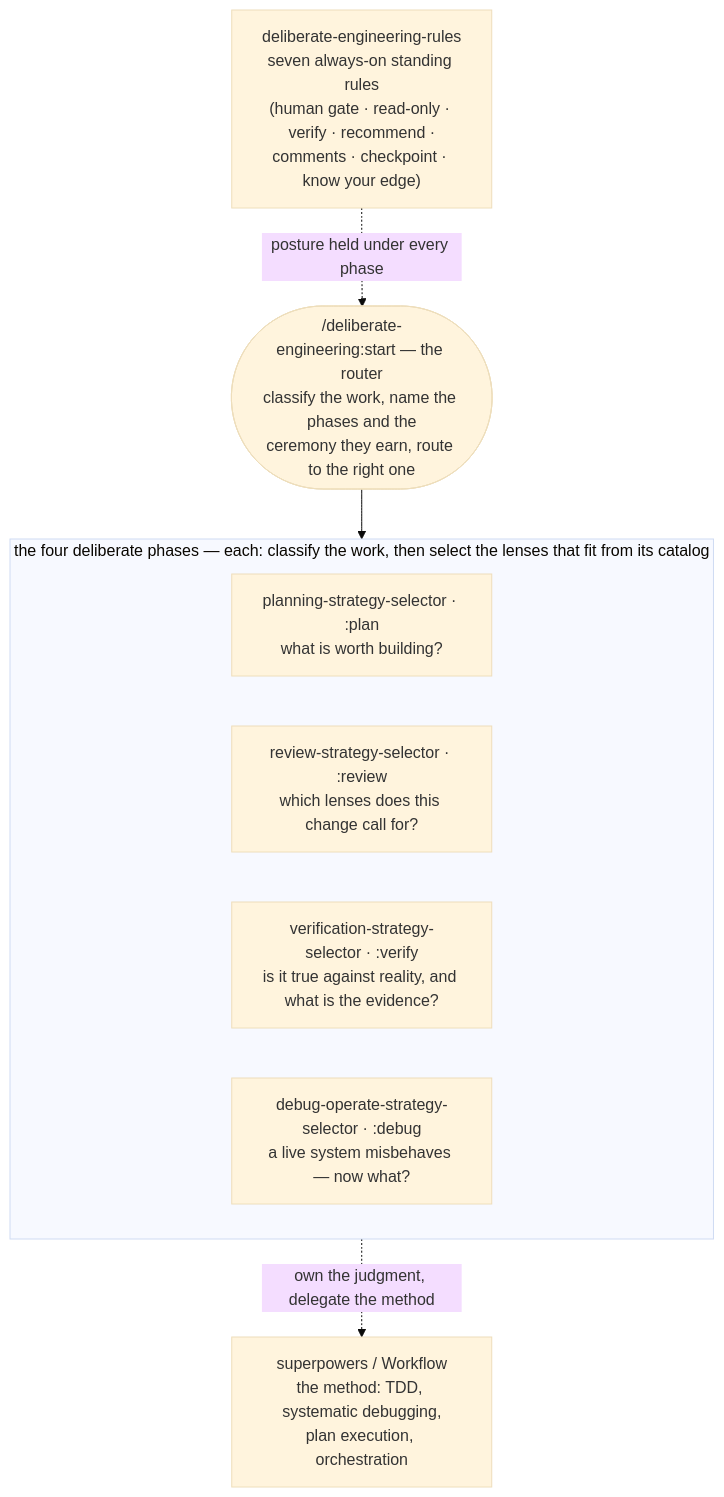
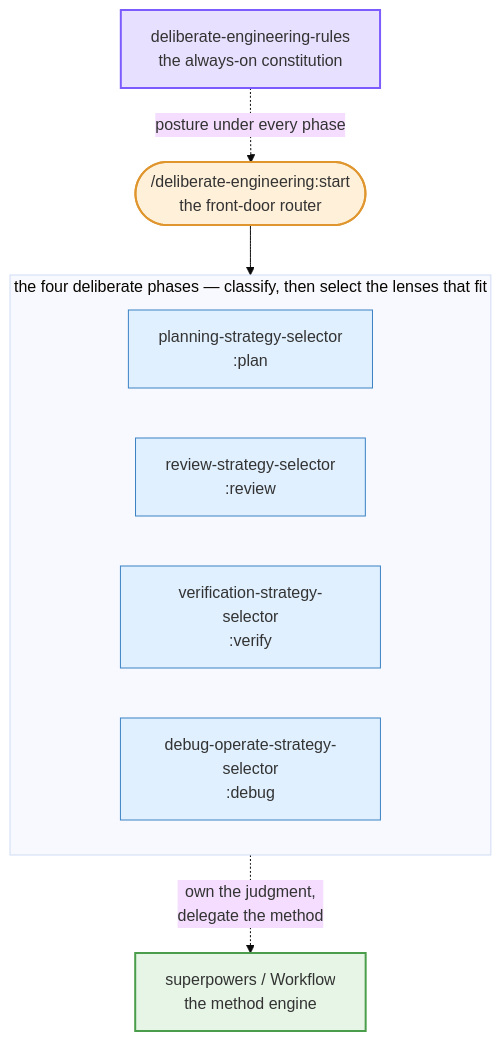
Before and after one commit to lucasfugisawa/deliberate-engineering: the first of 2 diagrams in docs/architecture-and-usage.md, drawn with Mermaid (base theme). The commit also changed other lines of this file, not shown here.

Commit message:
docs: declutter architecture diagrams — trim nodes, color by layer, label the two extensibility paths

````diff
--- a/docs/architecture-and-usage.md
+++ b/docs/architecture-and-usage.md
@@ -11,16 +11,25 @@
 ```mermaid
 flowchart TD
-    rules["deliberate-engineering-rules<br/>seven always-on standing rules<br/>(human gate · read-only · verify · recommend ·<br/>comments · checkpoint · know your edge)"]
-    start(["/deliberate-engineering:start — the router<br/>classify the work, name the phases and the<br/>ceremony they earn, route to the right one"])
-    subgraph phases["the four deliberate phases — each: classify the work, then select the lenses that fit from its catalog"]
-        plan["planning-strategy-selector · :plan<br/>what is worth building?"]
-        review["review-strategy-selector · :review<br/>which lenses does this change call for?"]
-        verify["verification-strategy-selector · :verify<br/>is it true against reality, and what is the evidence?"]
-        debug["debug-operate-strategy-selector · :debug<br/>a live system misbehaves — now what?"]
+    rules["deliberate-engineering-rules<br/>the always-on constitution"]
+    start(["/deliberate-engineering:start<br/>the front-door router"])
+    subgraph phases["the four deliberate phases — classify, then select the lenses that fit"]
+        plan["planning-strategy-selector<br/>:plan"]
+        review["review-strategy-selector<br/>:review"]
+        verify["verification-strategy-selector<br/>:verify"]
+        debug["debug-operate-strategy-selector<br/>:debug"]
     end
-    engine["superpowers / Workflow<br/>the method: TDD, systematic debugging,<br/>plan execution, orchestration"]
+    engine["superpowers / Workflow<br/>the method engine"]
 
-    rules -.->|posture held under every phase| start
+    rules -.->|posture under every phase| start
     start --> phases
-    phases -.->|own the judgment, delegate the method| engine
+    phases -.->|own the judgment,<br/>delegate the method| engine
+
+    classDef constitution fill:#e8e0ff,stroke:#7c5cff,stroke-width:2px;
+    classDef router fill:#fff0d9,stroke:#e0962e,stroke-width:2px;
+    classDef phase fill:#e0f0ff,stroke:#3b82c4,stroke-width:1px;
+    classDef engine fill:#e6f5e6,stroke:#4a9d4a,stroke-width:2px;
+    class rules constitution
+    class start router
+    class plan,review,verify,debug phase
+    class engine engine
 ```
````
